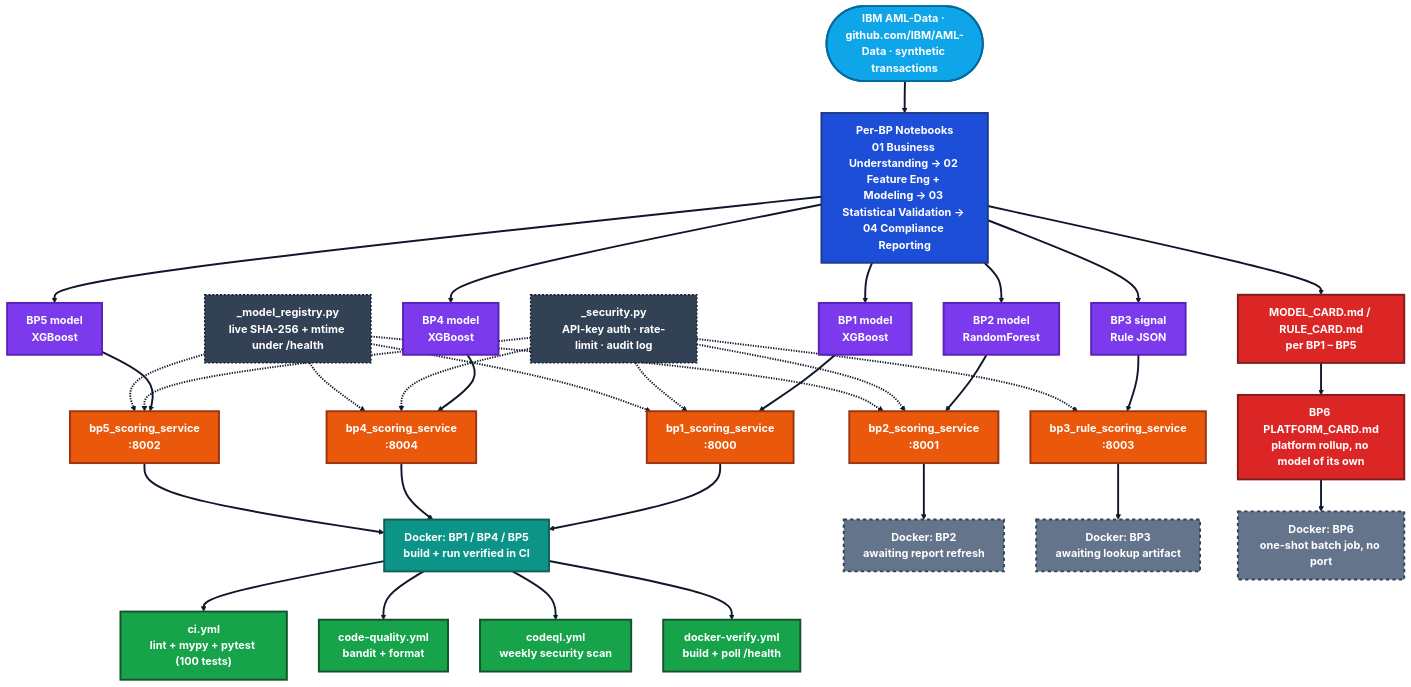
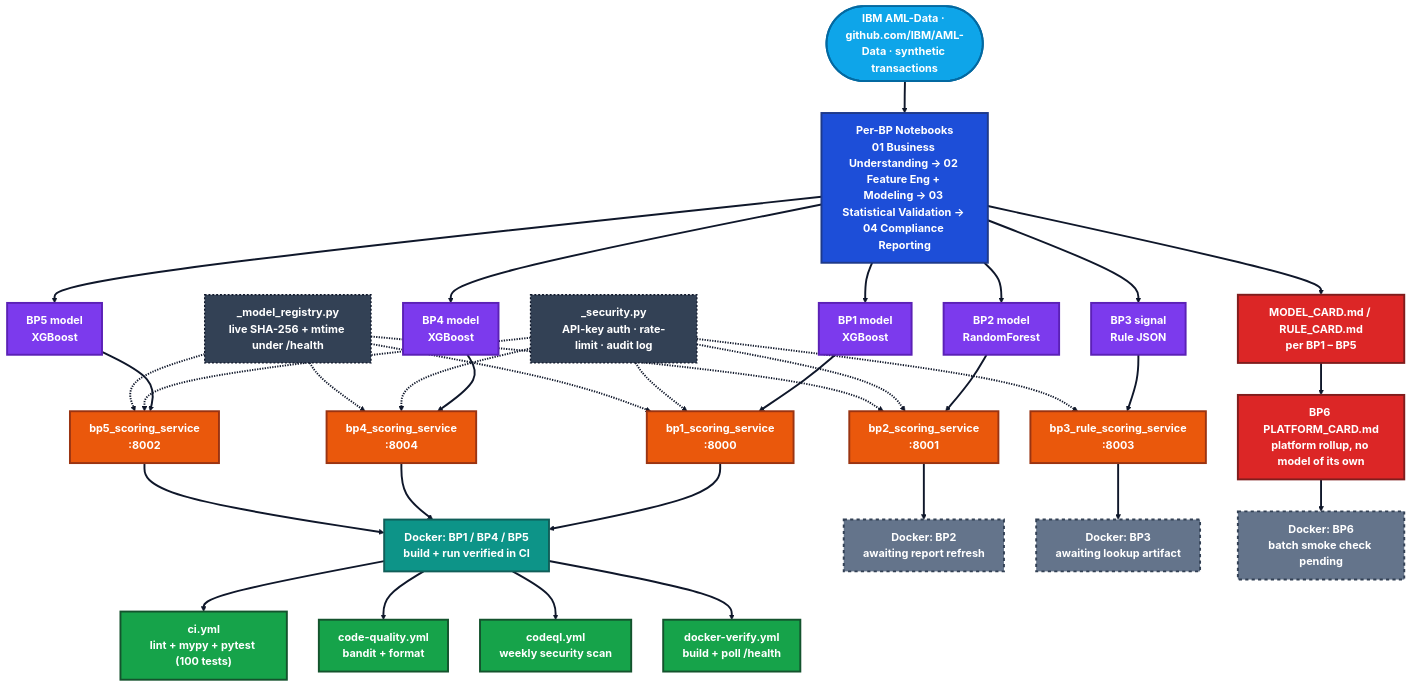
Before and after one commit to rnanda19/IBM_AML_RiskIQ_Enterprise_Suite: the diagram in README.md, drawn with Mermaid. The commit also changed other lines of this file, not shown here.

Commit message:
docs: document BP6 batch verification and repair README anchor

````diff
--- a/README.md
+++ b/README.md
@@ -25,55 +25,55 @@
 ```mermaid
 %%{init: {"theme": "base", "themeVariables": {
   "background": "#e5e7eb",
   "primaryColor": "#1e293b",
   "primaryTextColor": "#ffffff",
   "primaryBorderColor": "#64748b",
   "lineColor": "#0f172a",
   "fontSize": "17px",
   "fontFamily": "Segoe UI, Helvetica, Arial, sans-serif"
 }}}%%
 flowchart TD
     SRC(["IBM AML-Data · github.com/IBM/AML-Data · synthetic transactions"]):::source
 
     SRC ==> NB["Per-BP Notebooks<br/>01 Business Understanding → 02 Feature Eng + Modeling → 03 Statistical Validation → 04 Compliance Reporting"]:::stage
 
     NB ==> M1["BP1 model<br/>XGBoost"]:::model
     NB ==> M2["BP2 model<br/>RandomForest"]:::model
     NB ==> M3["BP3 signal<br/>Rule JSON"]:::model
     NB ==> M4["BP4 model<br/>XGBoost"]:::model
     NB ==> M5["BP5 model<br/>XGBoost"]:::model
 
     M1 ==> S1["bp1_scoring_service<br/>:8000"]:::service
     M2 ==> S2["bp2_scoring_service<br/>:8001"]:::service
     M3 ==> S3["bp3_rule_scoring_service<br/>:8003"]:::service
     M4 ==> S4["bp4_scoring_service<br/>:8004"]:::service
     M5 ==> S5["bp5_scoring_service<br/>:8002"]:::service
 
     SEC["_security.py<br/>API-key auth · rate-limit · audit log"]:::infra -.-> S1 & S2 & S3 & S4 & S5
     REG["_model_registry.py<br/>live SHA-256 + mtime under /health"]:::infra -.-> S1 & S2 & S4 & S5
 
     S1 & S4 & S5 ==> DOK["Docker: BP1 / BP4 / BP5<br/>build + run verified in CI"]:::docker
     S2 ==> DOKB2["Docker: BP2<br/>awaiting report refresh"]:::dockerwarn
     S3 ==> DOKW["Docker: BP3<br/>awaiting lookup artifact"]:::dockerwarn
 
     DOK ==> CI1["ci.yml<br/>lint + mypy + pytest (100 tests)"]:::ci
     DOK ==> CI2["code-quality.yml<br/>bandit + format"]:::ci
     DOK ==> CI3["codeql.yml<br/>weekly security scan"]:::ci
     DOK ==> CI4["docker-verify.yml<br/>build + poll /health"]:::ci
 
     NB ==> R1["MODEL_CARD.md / RULE_CARD.md<br/>per BP1 – BP5"]:::report
     R1 ==> R2["BP6 PLATFORM_CARD.md<br/>platform rollup, no model of its own"]:::report
-    R2 ==> DOKB["Docker: BP6<br/>one-shot batch job, no port"]:::dockerwarn
+    R2 ==> DOKB["Docker: BP6<br/>batch smoke check pending"]:::dockerwarn
 
     classDef source fill:#0ea5e9,stroke:#0369a1,color:#ffffff,stroke-width:3px,font-weight:bold
     classDef stage fill:#1d4ed8,stroke:#1e3a8a,color:#ffffff,stroke-width:3px,font-weight:bold
     classDef model fill:#7c3aed,stroke:#5b21b6,color:#ffffff,stroke-width:3px,font-weight:bold
     classDef service fill:#ea580c,stroke:#9a3412,color:#ffffff,stroke-width:3px,font-weight:bold
     classDef infra fill:#334155,stroke:#0f172a,color:#ffffff,stroke-width:2px,font-weight:bold,stroke-dasharray: 3 3
     classDef docker fill:#0d9488,stroke:#115e59,color:#ffffff,stroke-width:3px,font-weight:bold
     classDef dockerwarn fill:#64748b,stroke:#334155,color:#ffffff,stroke-width:3px,font-weight:bold,stroke-dasharray: 5 5
     classDef ci fill:#16a34a,stroke:#14532d,color:#ffffff,stroke-width:3px,font-weight:bold
     classDef report fill:#dc2626,stroke:#7f1d1d,color:#ffffff,stroke-width:3px,font-weight:bold
 
     linkStyle default stroke:#0f172a,stroke-width:3px
 ```
````
